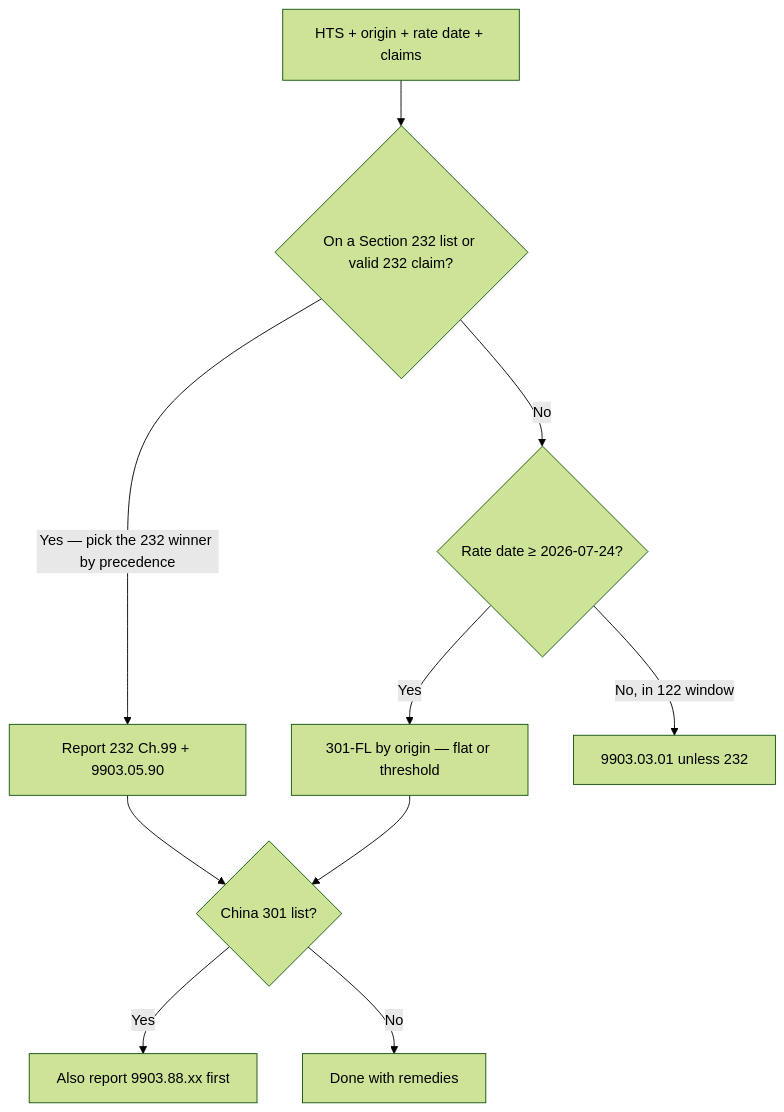
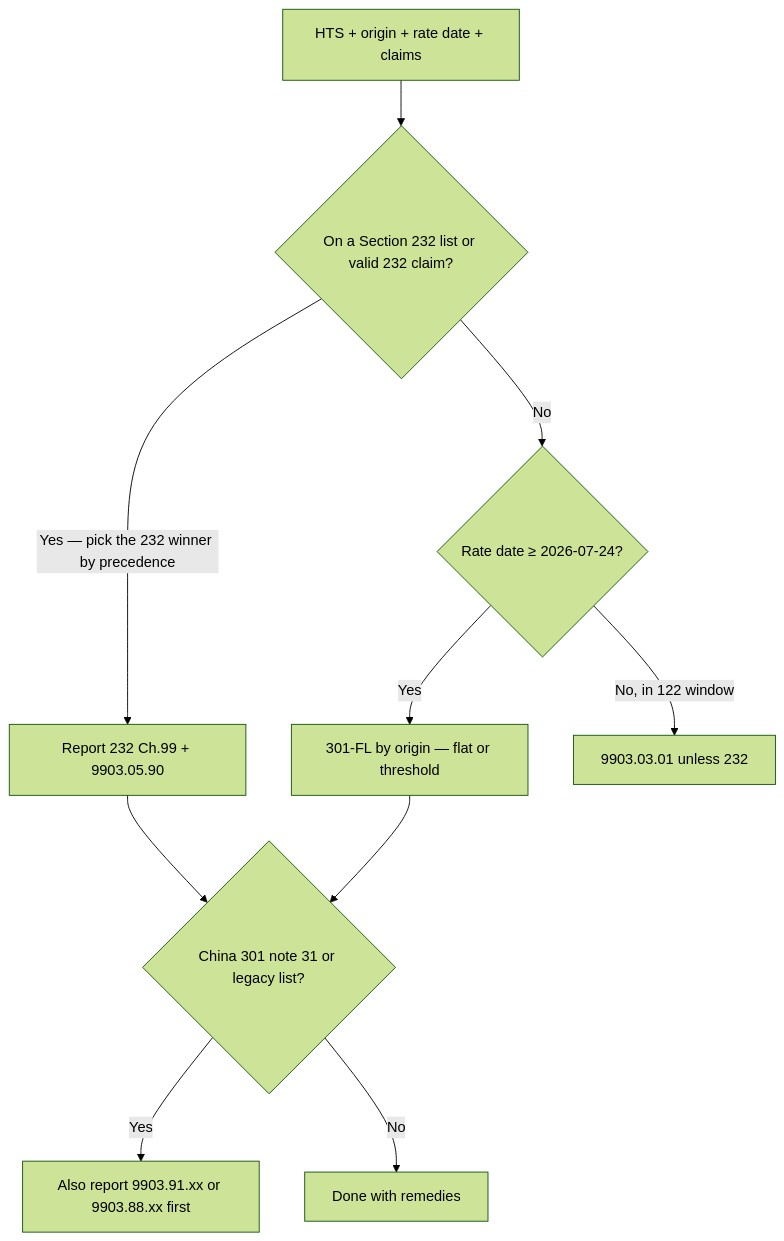
The first of 2 diagrams in tariff-rules/docs/RULES.md (jasonmeasures/Klearnow-Tariff), drawn with Mermaid (forest theme) before and after one commit. The commit also changed other lines of this file and 30 other files, not shown here.

````diff
--- a/tariff-rules/docs/RULES.md
+++ b/tariff-rules/docs/RULES.md
@@ -96,12 +97,12 @@
 ```mermaid
 flowchart TD
   A[HTS + origin + rate date + claims] --> B{On a Section 232 list or valid 232 claim?}
   B -->|Yes — pick the 232 winner by precedence| C[Report 232 Ch.99 + 9903.05.90]
-  C --> D{China 301 list?}
-  D -->|Yes| E[Also report 9903.88.xx first]
+  C --> D{China 301 note 31 or legacy list?}
+  D -->|Yes| E[Also report 9903.91.xx or 9903.88.xx first]
   D -->|No| F[Done with remedies]
   B -->|No| G{Rate date ≥ 2026-07-24?}
   G -->|Yes| H[301-FL by origin — flat or threshold]
   G -->|No, in 122 window| I[9903.03.01 unless 232]
   H --> D
 ```
````
